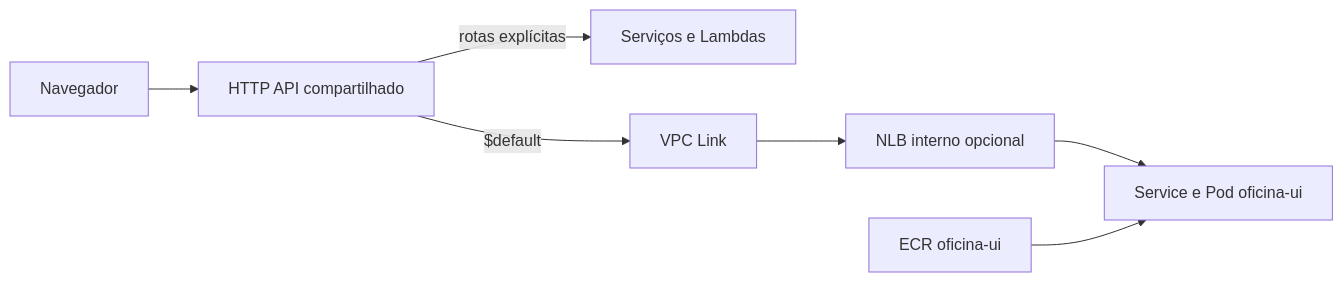
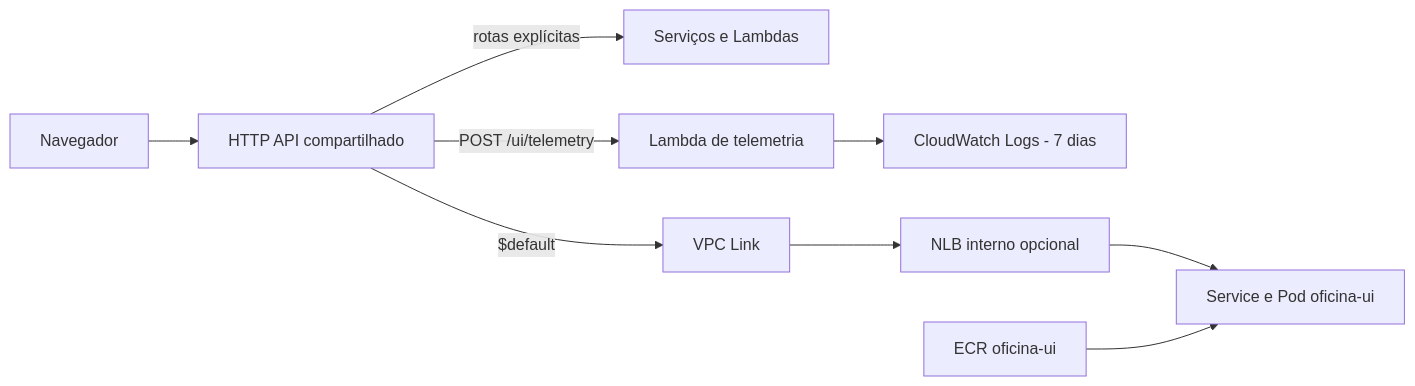
The diagram in docs/ui-workload.md (oficina-soat/oficina-infra), drawn with Mermaid before and after one commit. The commit also changed other lines of this file and 4 other files, not shown here.

````diff
--- a/docs/ui-workload.md
+++ b/docs/ui-workload.md
@@ -7,9 +7,11 @@
 ```mermaid
 flowchart LR
     Browser[Navegador] --> APIGW[HTTP API compartilhado]
     APIGW -->|rotas explícitas| Services[Serviços e Lambdas]
     APIGW -->|$default| Link[VPC Link]
+    APIGW -->|POST /ui/telemetry| Telemetry[Lambda de telemetria]
+    Telemetry --> Logs[CloudWatch Logs - 7 dias]
     Link --> NLB[NLB interno opcional]
     NLB --> UI[Service e Pod oficina-ui]
     ECR[ECR oficina-ui] --> UI
 ```
````
